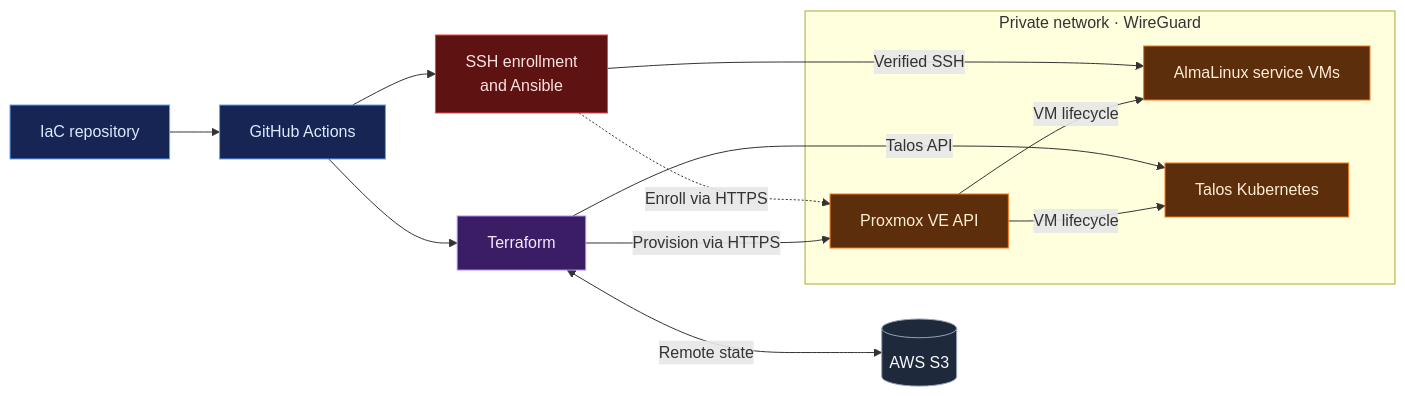
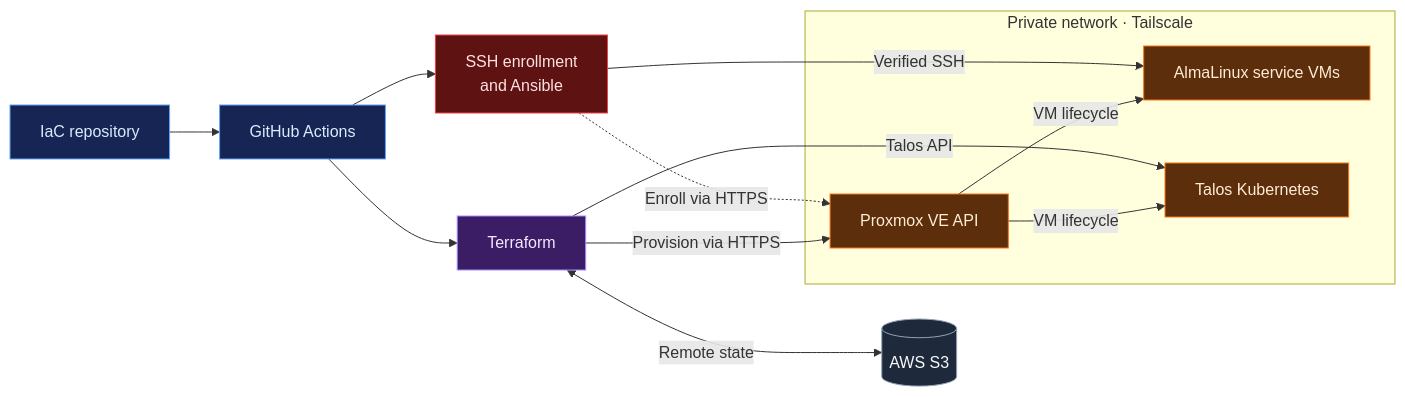
One commit to rauland/iac changed the diagram in README.md. Above: the diagram before and after it, drawn with Mermaid. The commit also changed other lines of this file and 9 other files, not shown here.

First line of the commit message:
Reach the homelab through Tailscale instead of WireGuard (#27)

````diff
--- a/README.md
+++ b/README.md
@@ -30,32 +30,32 @@
 ```mermaid
 flowchart LR
     repo["IaC repository"] --> actions["GitHub Actions"]
     actions --> terraform["Terraform"]
     actions --> ansible["SSH enrollment<br/>and Ansible"]
     terraform <-->|Remote state| state[("AWS S3")]
 
-    subgraph private["Private network · WireGuard"]
+    subgraph private["Private network · Tailscale"]
         proxmox["Proxmox VE API"]
         vms["AlmaLinux service VMs"]
         talos["Talos Kubernetes"]
         proxmox -->|VM lifecycle| vms
         proxmox -->|VM lifecycle| talos
     end
 
     terraform -->|Provision via HTTPS| proxmox
     terraform -->|Talos API| talos
     ansible -.->|Enroll via HTTPS| proxmox
     ansible -->|Verified SSH| vms
 
     classDef automation fill:#172554,stroke:#60A5FA,color:#DBEAFE
     classDef provisioning fill:#3B1D66,stroke:#A78BFA,color:#F3E8FF
     classDef configuration fill:#5F1212,stroke:#EF4444,color:#FEE2E2
     classDef storage fill:#1E293B,stroke:#94A3B8,color:#F8FAFC
     classDef infrastructure fill:#5C2E0B,stroke:#F97316,color:#FFEDD5
 
     class repo,actions automation
     class terraform provisioning
     class ansible configuration
     class state storage
     class proxmox,vms,talos infrastructure
 ```
````
